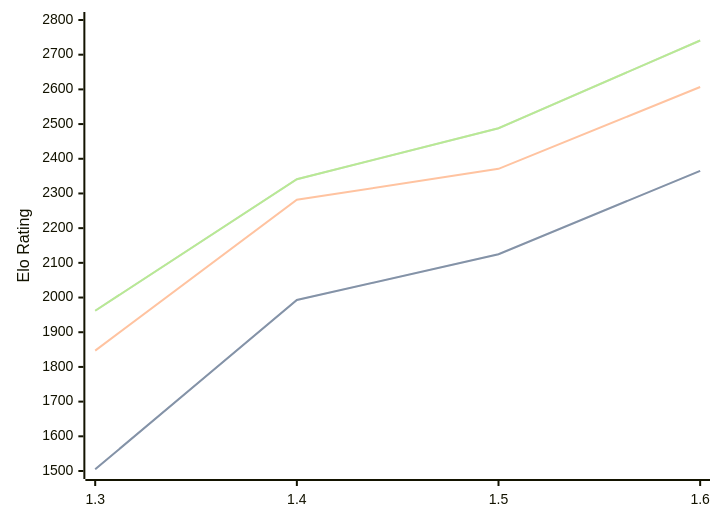
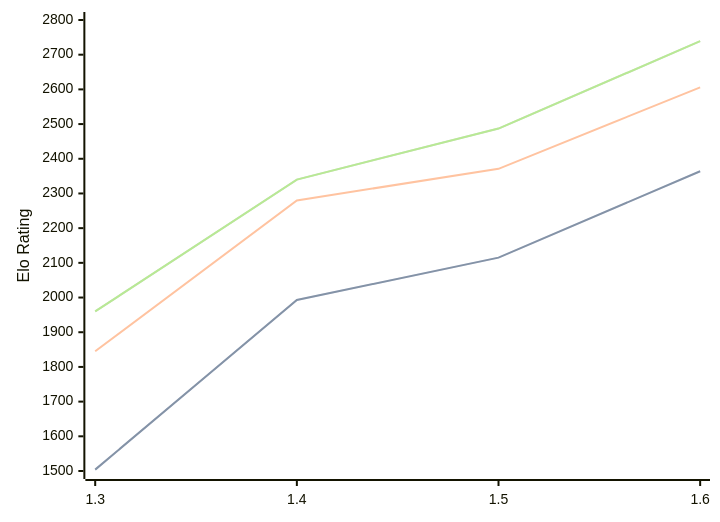
The diagram in engines/Facon.md (computer-chess-index/cci), drawn with Mermaid before and after one commit. The commit also changed other lines of this file, not shown here.

Commit message:
Update CCI Ratings (ELO VLTC) - 2026-08-04

````diff
--- a/engines/Facon.md
+++ b/engines/Facon.md
@@ -37,11 +37,11 @@
 ```mermaid
 %%{init: {"theme":"base","themeVariables":{"seriesColors:['#a3a3a3','#222221','#faa371']}}}%%
 xychart-beta
   x-axis ["1.3", "1.4", "1.5", "1.6"]
   y-axis "Elo Rating" 1500 --> 2800
-  line "STC (8.0+0.08s)" [1505, 1993, 2125, 2365]
-  line "STC (8.0+0.08s)" [1505, 1993, 2125, 2365]
-  line "LTC (60.0+0.60s)" [1847, 2282, 2371, 2607]
-  line "VLTC (2m24s+1.12s)" [1962, 2341, 2488, 2741]
-  line "VLTC (2m24s+1.12s)" [1962, 2341, 2488, 2741]
+  line "STC (8.0+0.08s)" [1504, 1993, 2115, 2364]
+  line "STC (8.0+0.08s)" [1504, 1993, 2115, 2364]
+  line "LTC (60.0+0.60s)" [1845, 2280, 2371, 2606]
+  line "VLTC (2m24s+1.12s)" [1960, 2340, 2487, 2739]
+  line "VLTC (2m24s+1.12s)" [1960, 2340, 2487, 2739]
 ```
````
